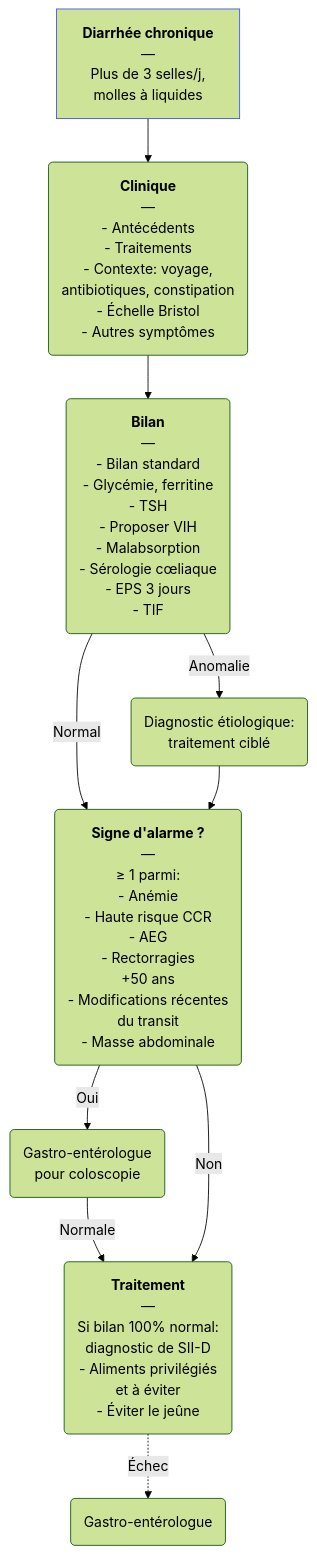
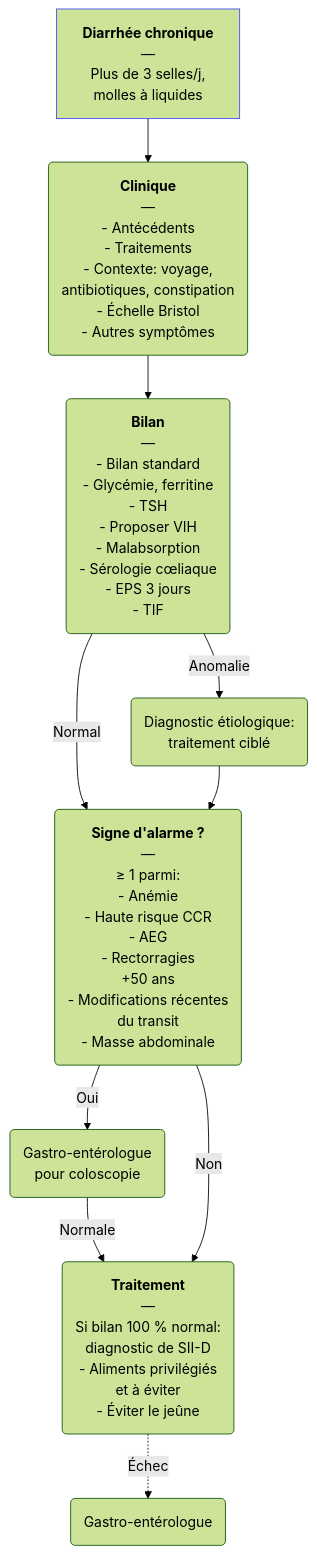
Before and after one commit to djibe/recommandations-medicales: the diagram in content/recommandations/diarrhee-chronique.md, drawn with Mermaid (forest theme). The commit also changed 167 other files, not shown here.

```diff
--- a/content/recommandations/diarrhee-chronique.md
+++ b/content/recommandations/diarrhee-chronique.md
@@ -239,7 +239,7 @@
 {{< mermaid title="Prise en charge de la diarrhée chronique par le médecin généraliste. Drs Alaedine Benani et JB Fron d'après BSG 2021" >}}
 graph TB
-  diarrhée["<b>Diarrhée chronique</b><br>—<br>Plus de 3 selles/j,<br>molles à liquides"] --> clinique("<b>Clinique</b><br>—<br>- Antécédents<br>- Traitements<br>- Contexte: voyage,<br>antibiotiques, constipation<br>- Échelle Bristol<br>- Autres symptômes") --> bilan("<b>Bilan</b><br>—<br>- Bilan standard<br>- Glycémie, ferritine<br>- TSH<br>- Proposer VIH<br>- Malabsorption<br>- Sérologie cœliaque<br>- EPS 3 jours<br>- TIF") -- Normal --> alarme("<b>Signe d'alarme ?</b><br>—<br>≥ 1 parmi:<br>- Anémie<br>- Haute risque CCR<br>- AEG<br>- Rectorragies<br>+50 ans<br>- Modifications récentes<br>du transit<br>- Masse abdominale") -- Oui --> coloscopie("Gastro-entérologue<br>pour coloscopie") -- Normale --> traitement("<b>Traitement</b><br>—<br>Si bilan 100% normal:<br>diagnostic de SII-D<br>- Aliments privilégiés<br>et à éviter<br>- Éviter le jeûne") -. Échec .-> gastro(Gastro-entérologue)
+  diarrhée["<b>Diarrhée chronique</b><br>—<br>Plus de 3 selles/j,<br>molles à liquides"] --> clinique("<b>Clinique</b><br>—<br>- Antécédents<br>- Traitements<br>- Contexte: voyage,<br>antibiotiques, constipation<br>- Échelle Bristol<br>- Autres symptômes") --> bilan("<b>Bilan</b><br>—<br>- Bilan standard<br>- Glycémie, ferritine<br>- TSH<br>- Proposer VIH<br>- Malabsorption<br>- Sérologie cœliaque<br>- EPS 3 jours<br>- TIF") -- Normal --> alarme("<b>Signe d'alarme ?</b><br>—<br>≥ 1 parmi:<br>- Anémie<br>- Haute risque CCR<br>- AEG<br>- Rectorragies<br>+50 ans<br>- Modifications récentes<br>du transit<br>- Masse abdominale") -- Oui --> coloscopie("Gastro-entérologue<br>pour coloscopie") -- Normale --> traitement("<b>Traitement</b><br>—<br>Si bilan 100 % normal:<br>diagnostic de SII-D<br>- Aliments privilégiés<br>et à éviter<br>- Éviter le jeûne") -. Échec .-> gastro(Gastro-entérologue)
     alarme -- Non --> traitement
     bilan -- Anomalie --> étiologique("Diagnostic étiologique:<br>traitement ciblé") --> alarme
   style diarrhée stroke:#4150f5, stroke-width:1px
 {{< /mermaid >}}
```
